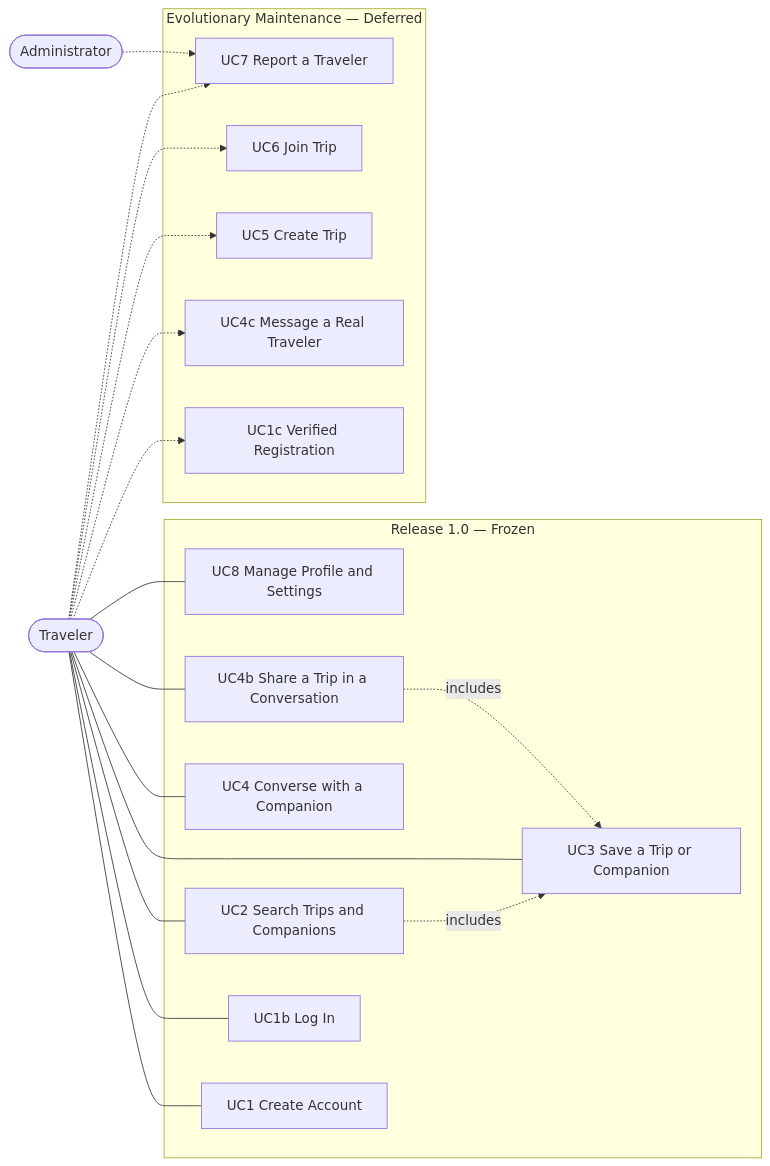
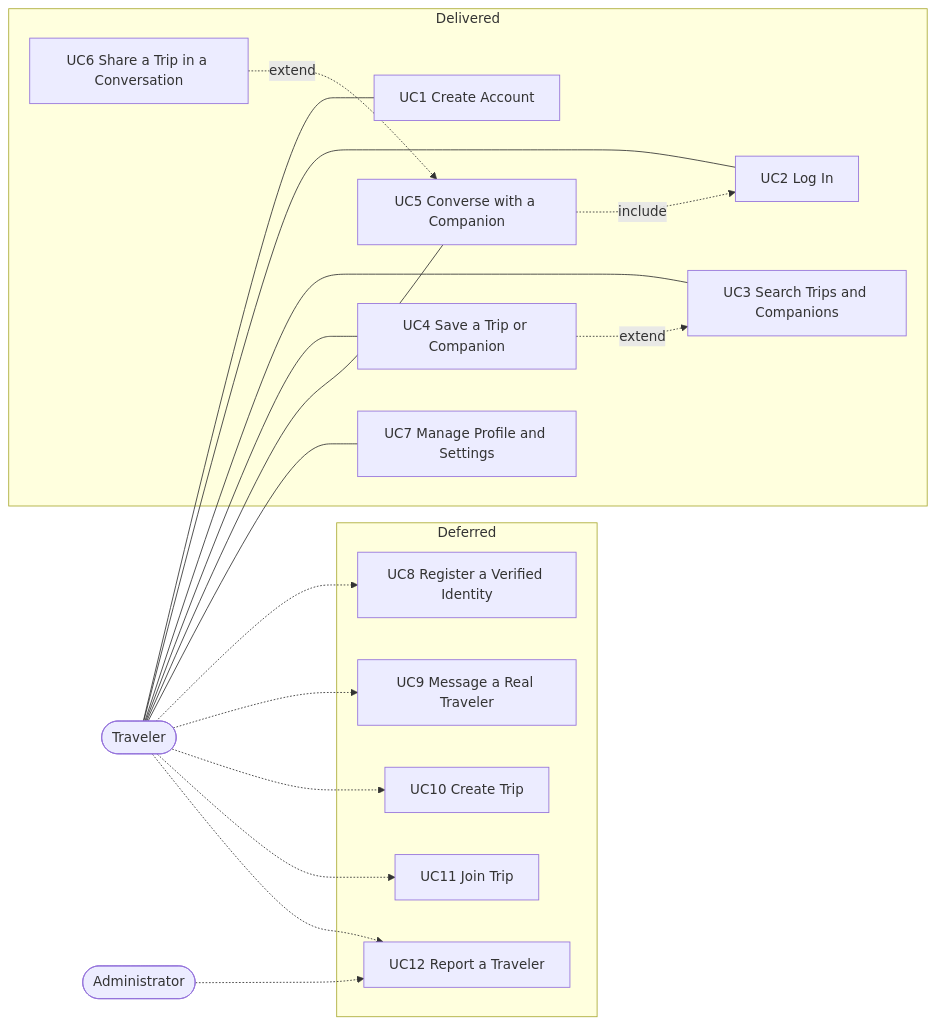
The diagram in docs/rad/proposed-system/system-models/use-case-model.md (Simo-2004/TravelMate-docs), drawn with Mermaid before and after one commit. The commit also changed other lines of this file and 25 other files, not shown here.

````diff
--- a/docs/rad/proposed-system/system-models/use-case-model.md
+++ b/docs/rad/proposed-system/system-models/use-case-model.md
@@ -7,40 +9,40 @@
 ```mermaid
 flowchart LR
     T(["Traveler"])
     A(["Administrator"])
 
-    subgraph R1["Release 1.0 — Frozen"]
+    subgraph D["Delivered"]
         UC1["UC1 Create Account"]
-        UC1b["UC1b Log In"]
-        UC2["UC2 Search Trips and Companions"]
-        UC3["UC3 Save a Trip or Companion"]
-        UC4["UC4 Converse with a Companion"]
-        UC4b["UC4b Share a Trip in a Conversation"]
-        UC8["UC8 Manage Profile and Settings"]
+        UC2["UC2 Log In"]
+        UC3["UC3 Search Trips and Companions"]
+        UC4["UC4 Save a Trip or Companion"]
+        UC5["UC5 Converse with a Companion"]
+        UC6["UC6 Share a Trip in a Conversation"]
+        UC7["UC7 Manage Profile and Settings"]
     end
 
-    subgraph EM["Evolutionary Maintenance — Deferred"]
-        UC1c["UC1c Verified Registration"]
-        UC4c["UC4c Message a Real Traveler"]
-        UC5["UC5 Create Trip"]
-        UC6["UC6 Join Trip"]
-        UC7["UC7 Report a Traveler"]
+    subgraph F["Deferred"]
+        UC8["UC8 Register a Verified Identity"]
+        UC9["UC9 Message a Real Traveler"]
+        UC10["UC10 Create Trip"]
+        UC11["UC11 Join Trip"]
+        UC12["UC12 Report a Traveler"]
     end
 
     T --- UC1
-    T --- UC1b
     T --- UC2
     T --- UC3
     T --- UC4
-    T --- UC4b
-    T --- UC8
-    T -.-> UC1c
-    T -.-> UC4c
-    T -.-> UC5
-    T -.-> UC6
-    T -.-> UC7
-    A -.-> UC7
+    T --- UC5
+    T --- UC7
+    T -.-> UC8
+    T -.-> UC9
+    T -.-> UC10
+    T -.-> UC11
+    T -.-> UC12
+    A -.-> UC12
 
-    UC4b -.->|includes| UC3
-    UC2 -.->|includes| UC3
+    UC4 -. extend .-> UC3
+    UC6 -. extend .-> UC5
+    UC5 -. include .-> UC2
 ```
````
